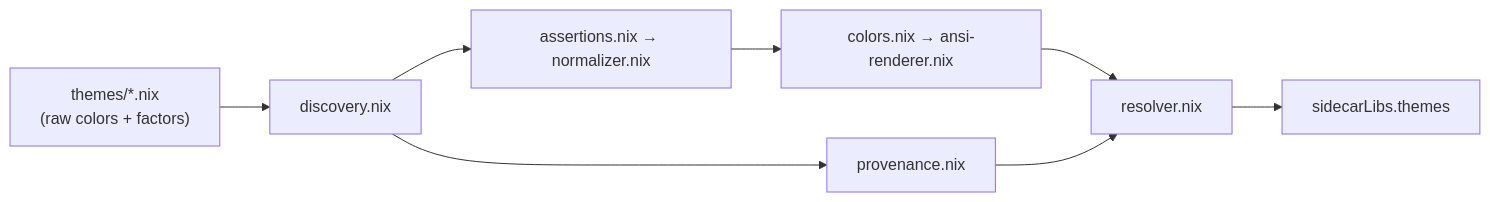
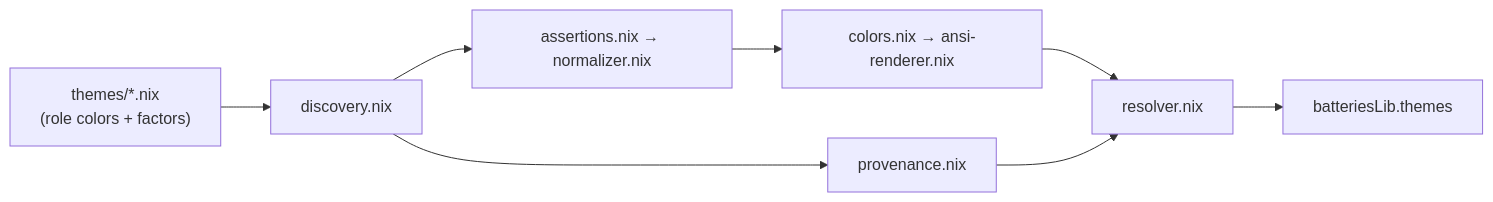
The diagram in libraries/themes/README.md (cig0/nix-batteries), drawn with Mermaid before and after one commit. The commit also changed other lines of this file and 51 other files, not shown here.

````diff
--- a/libraries/themes/README.md
+++ b/libraries/themes/README.md
@@ -24,10 +24,10 @@
 ```mermaid
 graph LR
-    A["themes/*.nix<br/>(raw colors + factors)"] --> B["discovery.nix"]
+    A["themes/*.nix<br/>(role colors + factors)"] --> B["discovery.nix"]
     B --> C["assertions.nix → normalizer.nix"]
     C --> D["colors.nix → ansi-renderer.nix"]
     B --> E["provenance.nix"]
     D --> F["resolver.nix"]
     E --> F
-    F --> G["sidecarLibs.themes"]
+    F --> G["batteriesLib.themes"]
 ```
````
